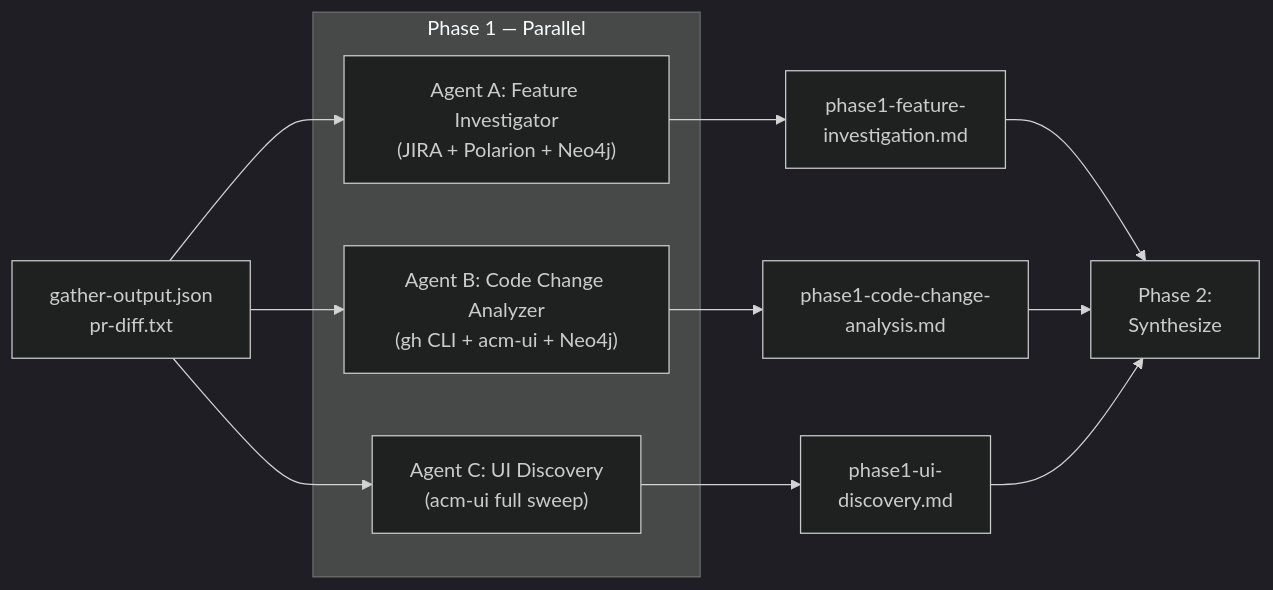
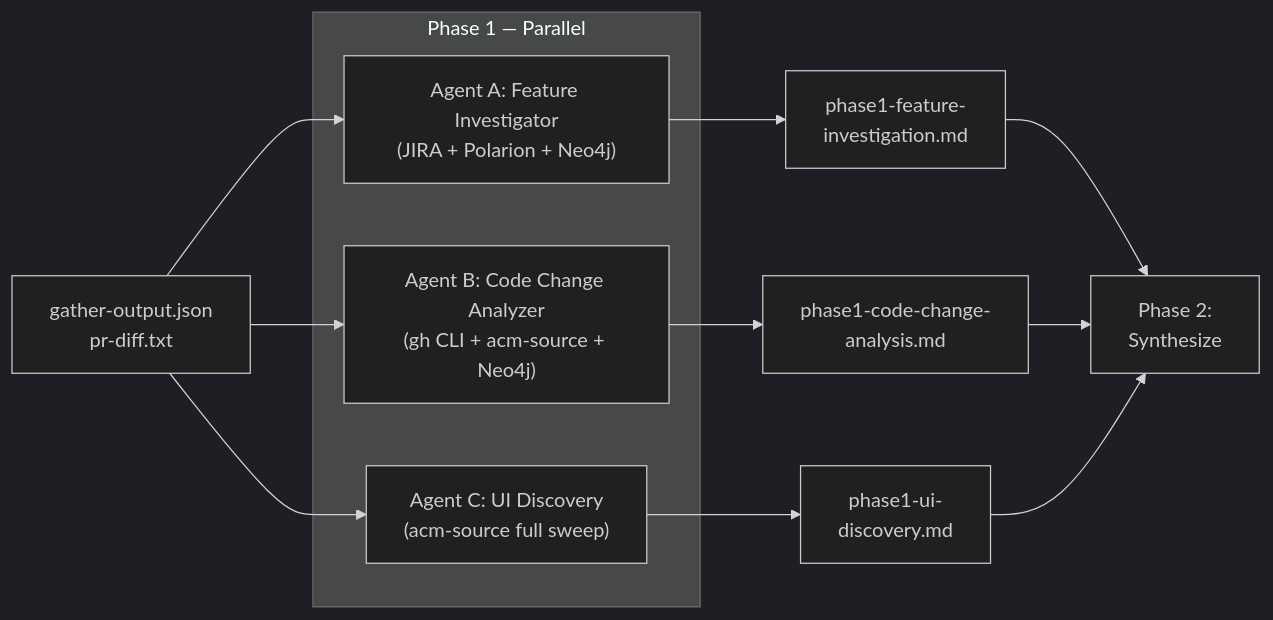
Before and after one commit to stolostron/acm-ai-qe: the sixth of 7 diagrams in apps/test-case-generator/docs/07-SKILL-ARCHITECTURE.md, drawn with Mermaid (dark theme). The commit also changed other lines of this file and 170 other files, not shown here.

First line of the commit message:
feat: rename acm-ui to acm-source, remove MCP wrapper skills, rename acm-code-analyzer to acm-qe-code-analyzer, remove Polarion/peer from reviewer

````diff
--- a/apps/test-case-generator/docs/07-SKILL-ARCHITECTURE.md
+++ b/apps/test-case-generator/docs/07-SKILL-ARCHITECTURE.md
@@ -559,20 +525,20 @@
 ```mermaid
 flowchart LR
     GO[gather-output.json\npr-diff.txt] --> A
     GO --> B
     GO --> C
 
     subgraph "Phase 1 — Parallel"
         A["Agent A: Feature Investigator\n(JIRA + Polarion + Neo4j)"]
-        B["Agent B: Code Change Analyzer\n(gh CLI + acm-ui + Neo4j)"]
-        C["Agent C: UI Discovery\n(acm-ui full sweep)"]
+        B["Agent B: Code Change Analyzer\n(gh CLI + acm-source + Neo4j)"]
+        C["Agent C: UI Discovery\n(acm-source full sweep)"]
     end
 
     A --> FA[phase1-feature-\ninvestigation.md]
     B --> FB[phase1-code-change-\nanalysis.md]
     C --> FC[phase1-ui-\ndiscovery.md]
 
     FA --> SYN[Phase 2:\nSynthesize]
     FB --> SYN
     FC --> SYN
 ```
````
